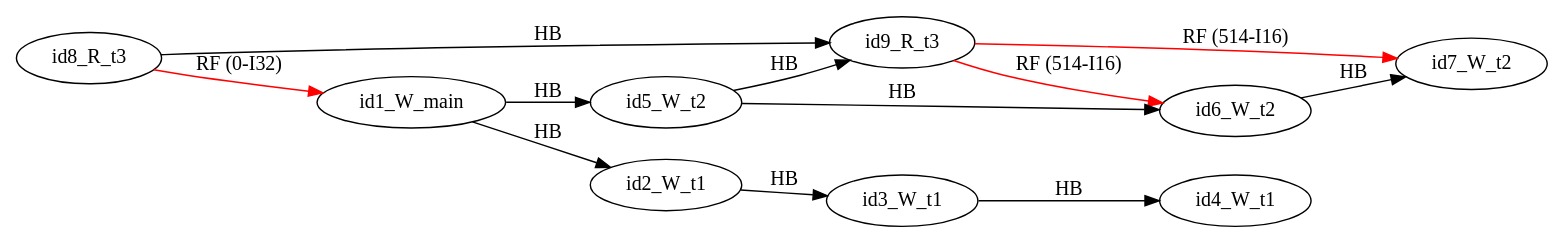
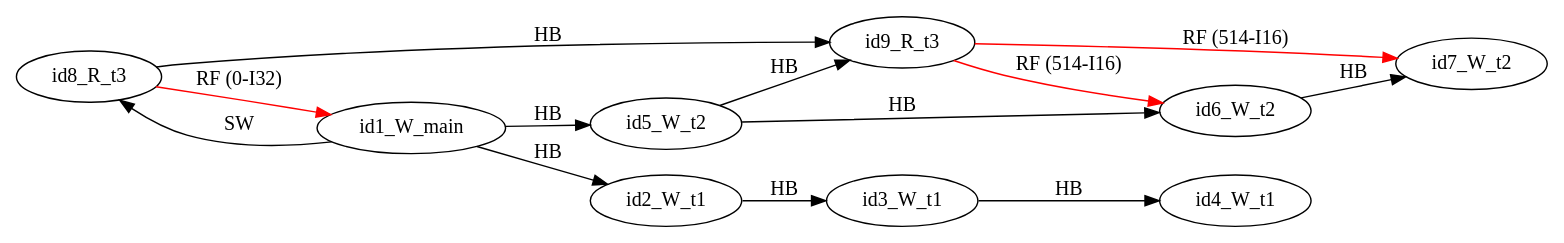
Before and after one commit to FMJS/EMME: the diagram in examples/single_var/sv_simple19/mm41.dot, drawn with Graphviz. The commit also changed 56 other files, not shown here.

```diff
--- a/examples/single_var/sv_simple19/mm41.dot
+++ b/examples/single_var/sv_simple19/mm41.dot
@@ -1,24 +1,25 @@
 digraph memory_model {
 rankdir=LR;
 splines=true; esep=0.5;
 id8_R_t3 -> id1_W_main [label = "RF (0-I32)", color="red"];
 id9_R_t3 -> id6_W_t2 [label = "RF (514-I16)", color="red"];
 id9_R_t3 -> id7_W_t2 [label = "RF (514-I16)", color="red"];
 id2_W_t1 -> id3_W_t1 [label = "HB", color="black"];
 id3_W_t1 -> id4_W_t1 [label = "HB", color="black"];
 id5_W_t2 -> id6_W_t2 [label = "HB", color="black"];
 id6_W_t2 -> id7_W_t2 [label = "HB", color="black"];
 id8_R_t3 -> id9_R_t3 [label = "HB", color="black"];
 id1_W_main -> id2_W_t1 [label = "HB", color="black"];
 id1_W_main -> id5_W_t2 [label = "HB", color="black"];
 id5_W_t2 -> id9_R_t3 [label = "HB", color="black"];
+id1_W_main -> id8_R_t3 [label = "SW", color="black"];
 id1_W_main [pos="5.0,6!"]
 id2_W_t1 [pos="0,4!"]
 id3_W_t1 [pos="0,2!"]
 id4_W_t1 [pos="0,0!"]
 id5_W_t2 [pos="5,4!"]
 id6_W_t2 [pos="5,2!"]
 id7_W_t2 [pos="5,0!"]
 id8_R_t3 [pos="10,4!"]
 id9_R_t3 [pos="10,2!"]
 }
```
